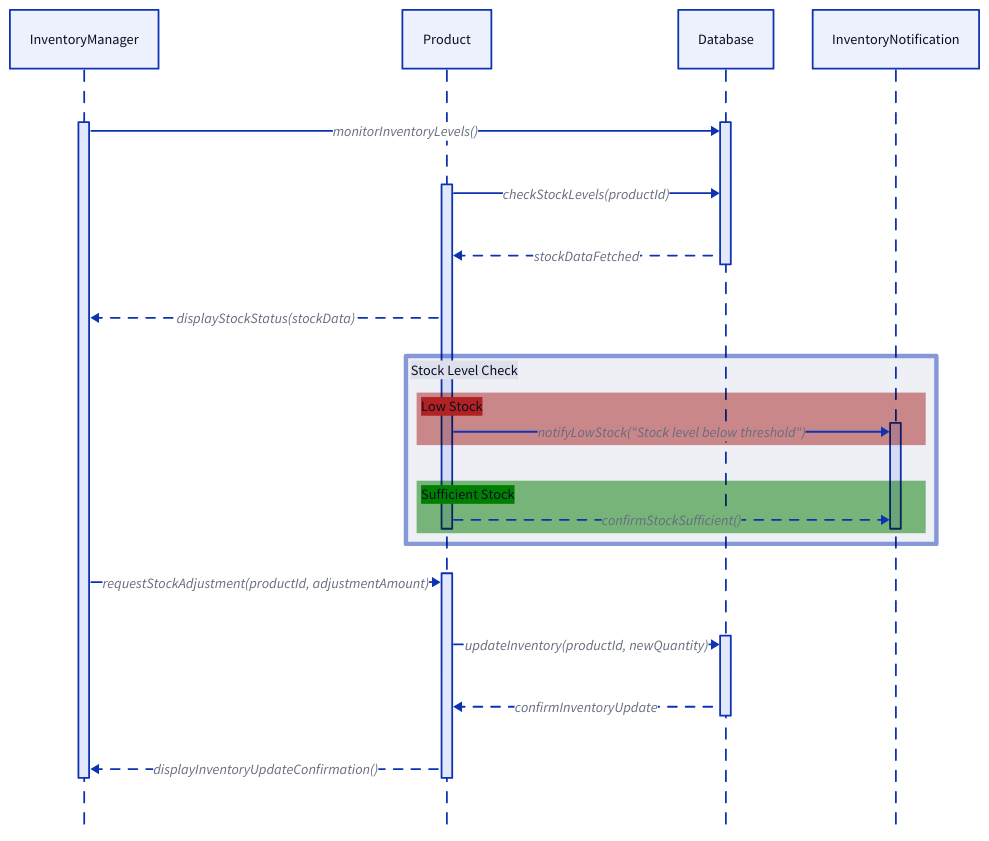
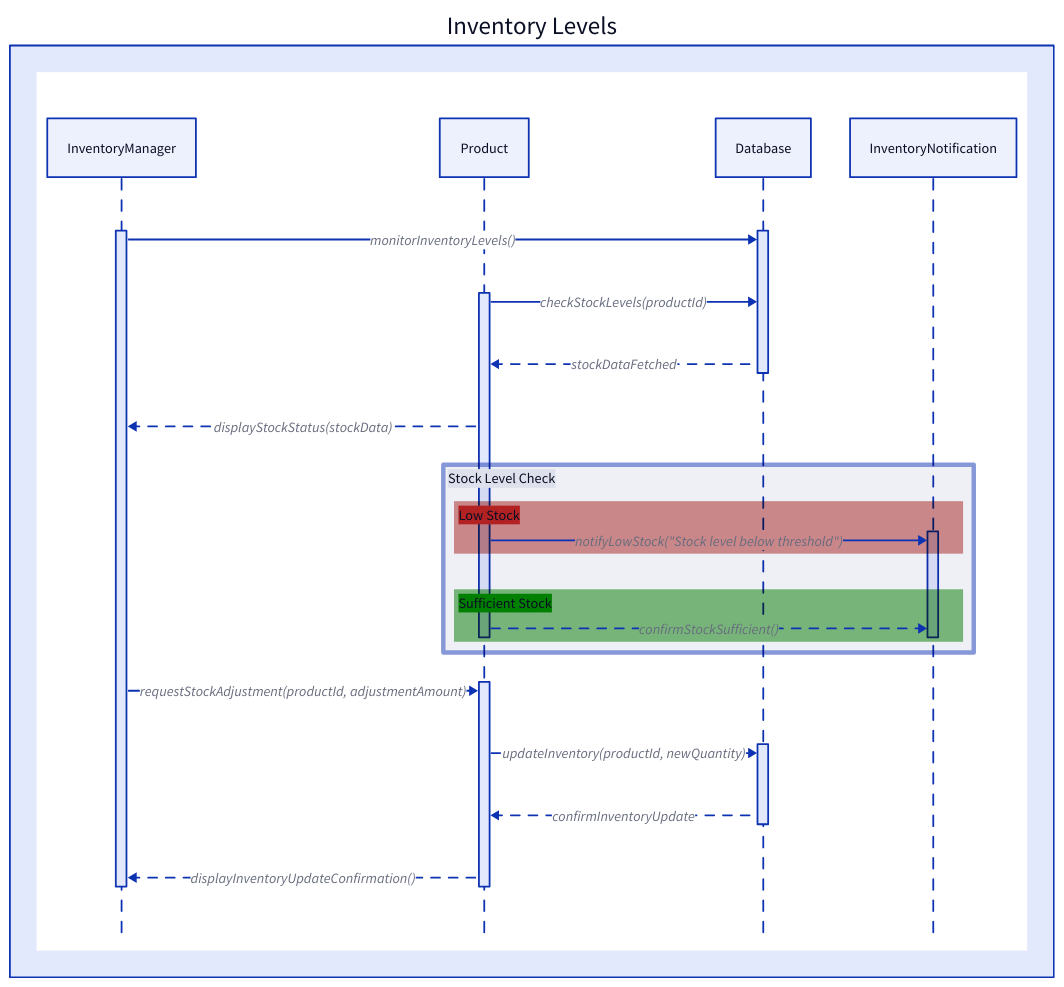
The diagram in documentation/diagrams/action-sequence/inventory-levels.d2 (Arqamz/hawktu-logistics), drawn with D2 before and after one commit. The commit also changed 25 other files, not shown here.

Commit message:
Add consistent theming to all diagrams

```diff
--- a/documentation/diagrams/action-sequence/inventory-levels.d2
+++ b/documentation/diagrams/action-sequence/inventory-levels.d2
@@ -1,41 +1,49 @@
-shape: sequence_diagram
+Inventory Levels: {
+    
+  label: "Inventory Levels"
 
-InventoryManager.t1: actor
-Product.t1: actor
-Database.t1: actor
-InventoryNotification.t1: actor
+  "" : {
 
-InventoryManager.t1 -> Database.t1: monitorInventoryLevels()
-Database.t1 <- Product.t1: checkStockLevels(productId) 
-Product.t1 <- Database.t1: stockDataFetched {
-  style.stroke-dash: 5
-}
-InventoryManager.t1 <- Product.t1: displayStockStatus(stockData) {
-  style.stroke-dash: 5
-}
+    shape: sequence_diagram
 
-alt label: "Stock Level Check" {
-  style.stroke-width: 5
+    InventoryManager.t1: actor
+    Product.t1: actor
+    Database.t1: actor
+    InventoryNotification.t1: actor
 
-  if label: "Low Stock" {
-    style.fill: firebrick
-    Product.t1 -> InventoryNotification.t1: notifyLowStock("Stock level below threshold") 
-  }
-  else label: "Sufficient Stock" {
-    style.fill: green
-    InventoryNotification.t1 <- Product.t1: confirmStockSufficient() {
+    InventoryManager.t1 -> Database.t1: monitorInventoryLevels()
+    Database.t1 <- Product.t1: checkStockLevels(productId) 
+    Product.t1 <- Database.t1: stockDataFetched {
+      style.stroke-dash: 5
+    }
+    InventoryManager.t1 <- Product.t1: displayStockStatus(stockData) {
+      style.stroke-dash: 5
+    }
+
+    alt label: "Stock Level Check" {
+      style.stroke-width: 5
+
+      if label: "Low Stock" {
+        style.fill: firebrick
+        Product.t1 -> InventoryNotification.t1: notifyLowStock("Stock level below threshold") 
+      }
+      else label: "Sufficient Stock" {
+        style.fill: green
+        InventoryNotification.t1 <- Product.t1: confirmStockSufficient() {
+          style.stroke-dash: 5
+        }
+      }
+    }
+
+    InventoryManager.t1 -> Product.t2: requestStockAdjustment(productId, adjustmentAmount)
+    Product.t2 -> Database.t2: updateInventory(productId, newQuantity) {
+      style.stroke-dash: 5
+    }
+    Product.t2 <- Database.t2: confirmInventoryUpdate {
+      style.stroke-dash: 5
+    }
+    InventoryManager.t1 <- Product.t2: displayInventoryUpdateConfirmation() {
       style.stroke-dash: 5
     }
   }
 }
-
-InventoryManager.t1 -> Product.t2: requestStockAdjustment(productId, adjustmentAmount)
-Product.t2 -> Database.t2: updateInventory(productId, newQuantity) {
-  style.stroke-dash: 5
-}
-Product.t2 <- Database.t2: confirmInventoryUpdate {
-  style.stroke-dash: 5
-}
-InventoryManager.t1 <- Product.t2: displayInventoryUpdateConfirmation() {
-  style.stroke-dash: 5
-}
```
